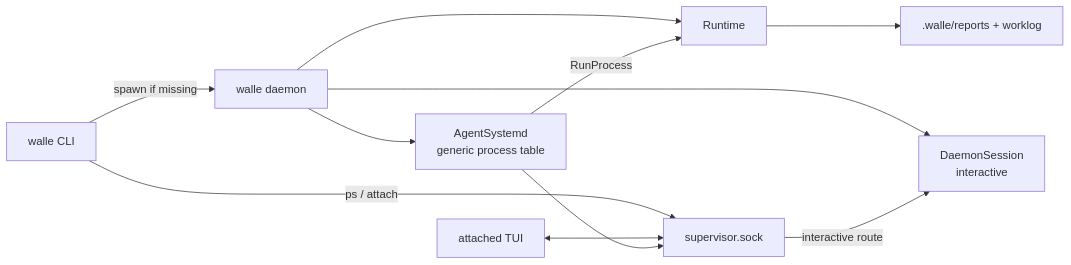
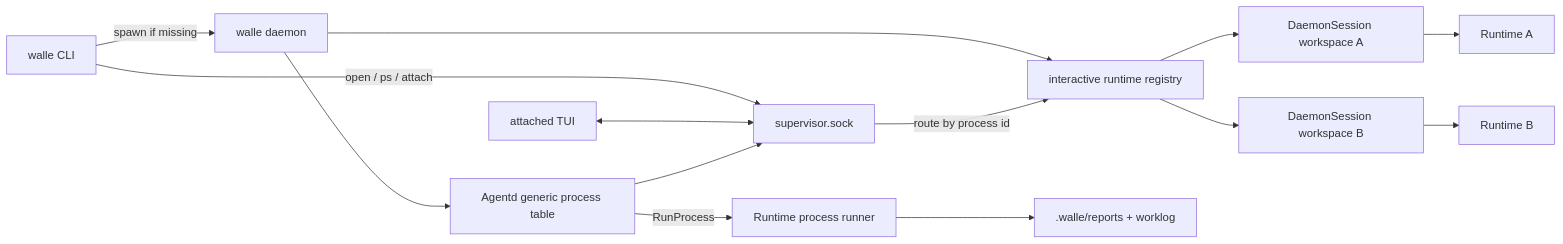
One commit to Ozqi/5hAgent changed the diagram in .spec/daemon.md. Above: the diagram before and after it, drawn with Mermaid. The commit also changed other lines of this file and 43 other files, not shown here.

Commit message:
refactor(runtime): rename supervisor to agentd

````diff
--- a/.spec/daemon.md
+++ b/.spec/daemon.md
@@ -10,13 +12,16 @@
 ```mermaid
 flowchart LR
   CLI[walle CLI] -->|spawn if missing| Daemon[walle daemon]
-  CLI -->|ps / attach| Socket[supervisor.sock]
+  CLI -->|open / ps / attach| Socket[supervisor.sock]
   TUI[attached TUI] <--> Socket
-  Daemon --> Runtime[Runtime]
-  Daemon --> Session[DaemonSession\ninteractive]
-  Daemon --> Systemd[AgentSystemd\ngeneric process table]
-  Systemd --> Socket
-  Socket -->|interactive route| Session
-  Systemd -->|RunProcess| Runtime
-  Runtime --> Output[.walle/reports + worklog]
+  Daemon --> Registry[interactive runtime registry]
+  Registry --> SessionA[DaemonSession workspace A]
+  Registry --> SessionB[DaemonSession workspace B]
+  SessionA --> RuntimeA[Runtime A]
+  SessionB --> RuntimeB[Runtime B]
+  Daemon --> Agentd[Agentd generic process table]
+  Agentd --> Socket
+  Socket -->|route by process id| Registry
+  Agentd -->|RunProcess| RuntimeProc[Runtime process runner]
+  RuntimeProc --> Output[.walle/reports + worklog]
 ```
````
